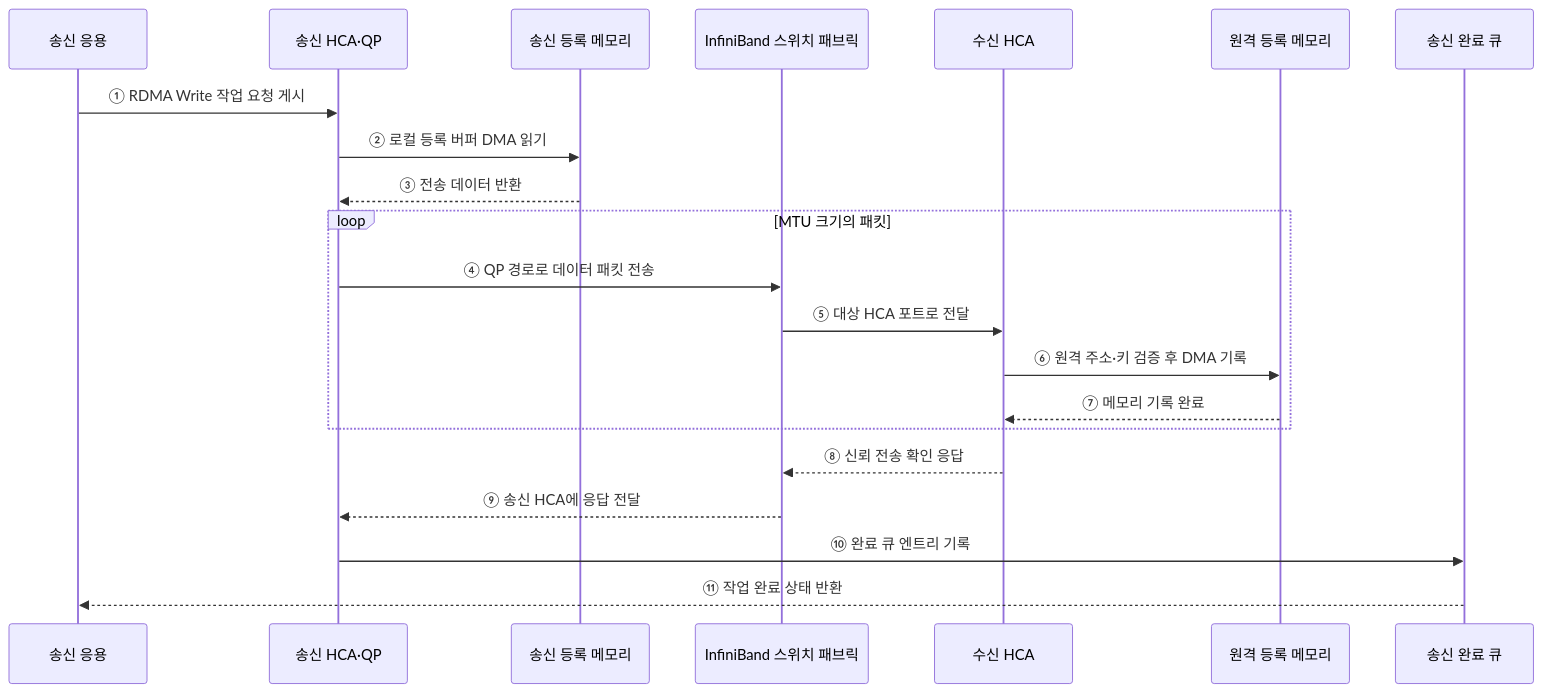
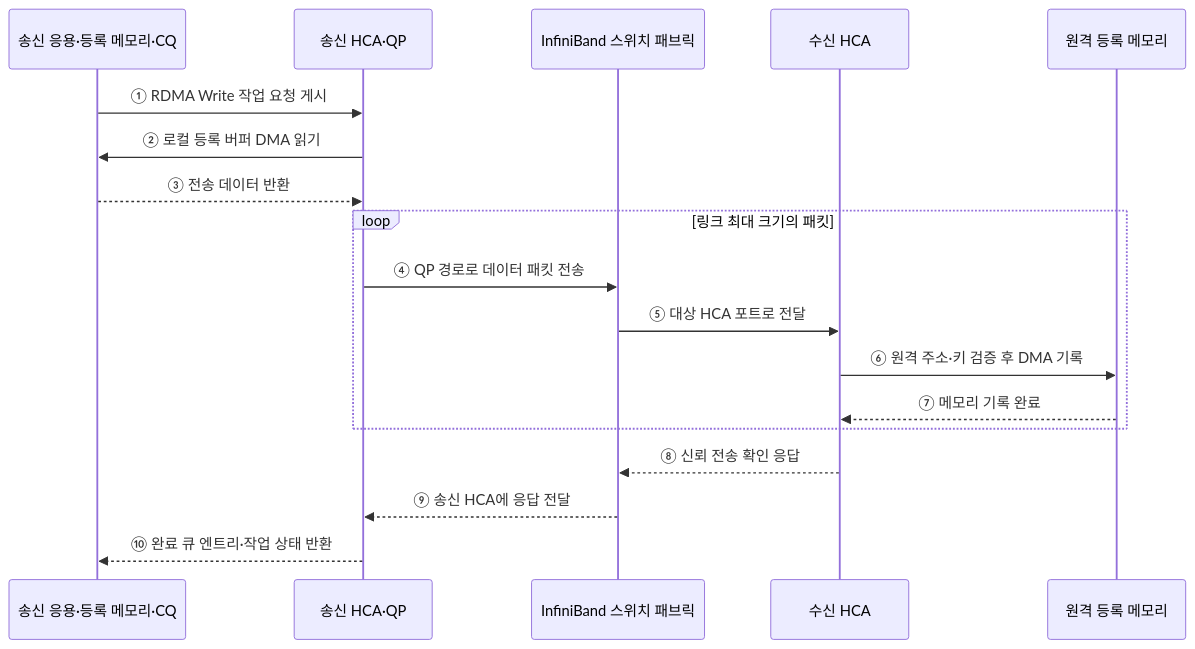
One commit to agnusdei1207/knowledge-base changed the second of 2 diagrams in src/content/docs/notes/02-hardware/048_infiniband.md. Above: the diagram before and after it, drawn with Mermaid. The commit also changed other lines of this file and 20 other files, not shown here.

````diff
--- a/src/content/docs/notes/02-hardware/048_infiniband.md
+++ b/src/content/docs/notes/02-hardware/048_infiniband.md
@@ -86,24 +78,21 @@
 ```mermaid
 sequenceDiagram
-    participant A as 송신 응용
+    participant A as 송신 응용·등록 메모리·CQ
     participant HS as 송신 HCA·QP
-    participant MS as 송신 등록 메모리
     participant F as InfiniBand 스위치 패브릭
     participant HR as 수신 HCA
     participant MR as 원격 등록 메모리
-    participant C as 송신 완료 큐
 
     A->>HS: ① RDMA Write 작업 요청 게시
-    HS->>MS: ② 로컬 등록 버퍼 DMA 읽기
-    MS-->>HS: ③ 전송 데이터 반환
-    loop MTU 크기의 패킷
+    HS->>A: ② 로컬 등록 버퍼 DMA 읽기
+    A-->>HS: ③ 전송 데이터 반환
+    loop 링크 최대 크기의 패킷
         HS->>F: ④ QP 경로로 데이터 패킷 전송
         F->>HR: ⑤ 대상 HCA 포트로 전달
         HR->>MR: ⑥ 원격 주소·키 검증 후 DMA 기록
         MR-->>HR: ⑦ 메모리 기록 완료
     end
     HR-->>F: ⑧ 신뢰 전송 확인 응답
     F-->>HS: ⑨ 송신 HCA에 응답 전달
-    HS->>C: ⑩ 완료 큐 엔트리 기록
-    C-->>A: ⑪ 작업 완료 상태 반환
+    HS-->>A: ⑩ 완료 큐 엔트리·작업 상태 반환
 ```
````
